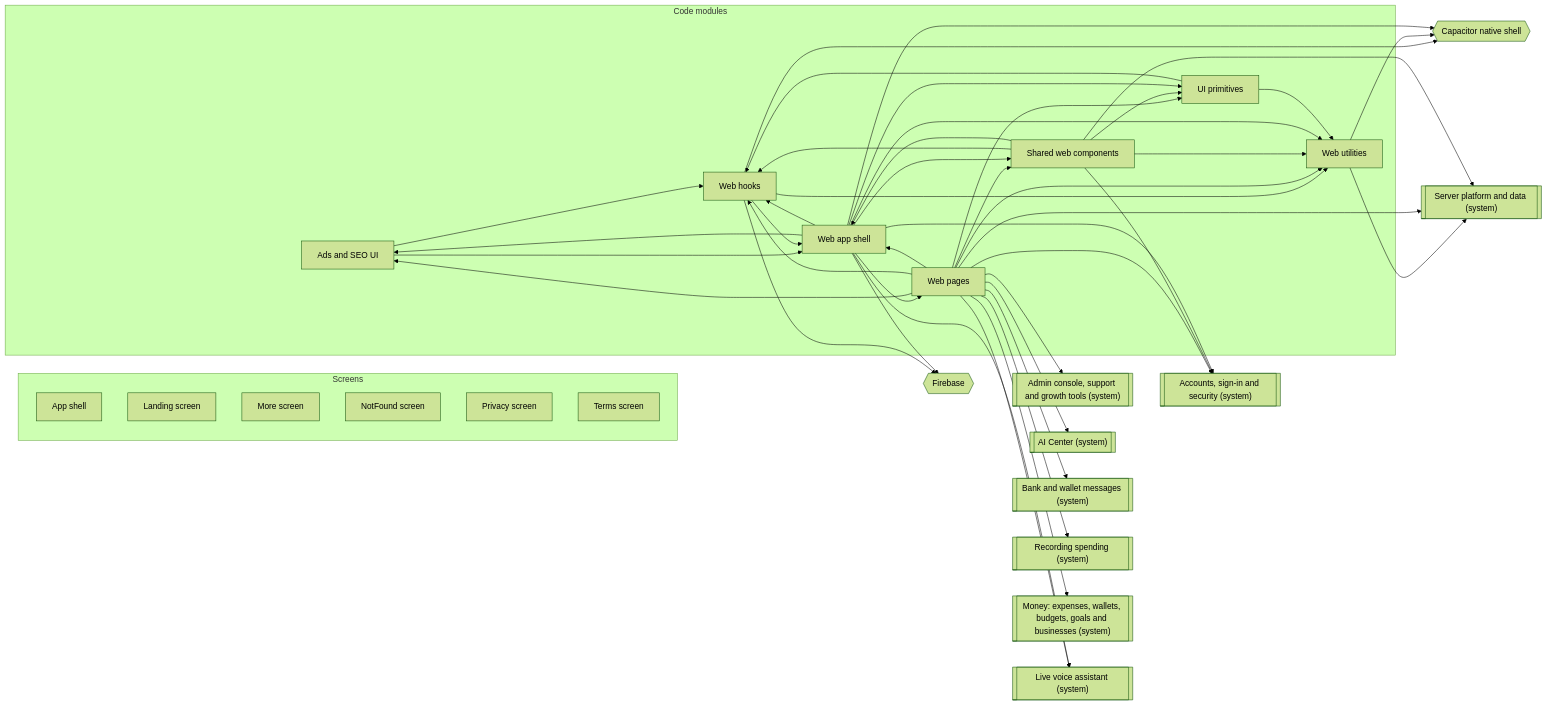
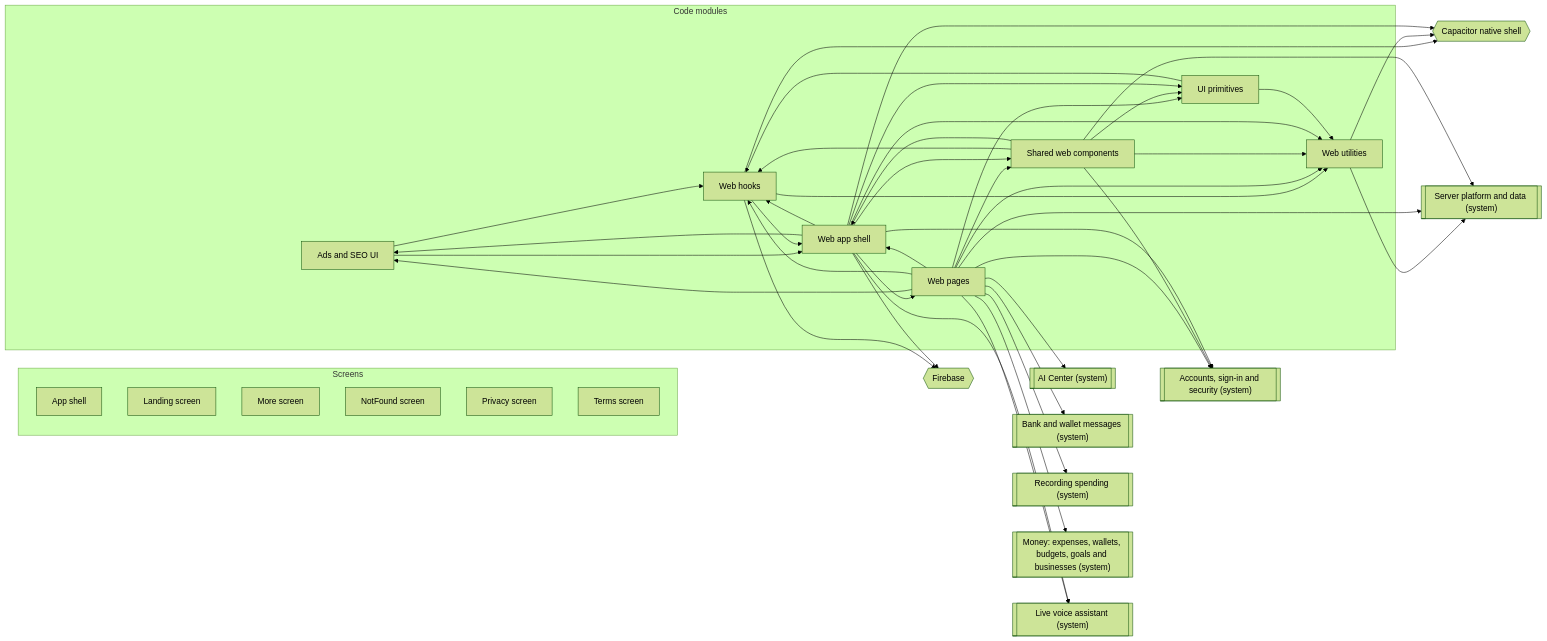
The diagram in docs/atlas/systems/web-app.md (mahmoudtaherr111/smartspend_mini_all), drawn with Mermaid (forest theme) before and after one commit. The commit also changed other lines of this file and 121 other files, not shown here.

First line of the commit message:
feat(billing,admin,mobile): unify admin console, dynamic plan limits, and store-only mobile billing

````diff
--- a/docs/atlas/systems/web-app.md
+++ b/docs/atlas/systems/web-app.md
@@ -13,70 +13,68 @@
 ```mermaid
 flowchart LR
   subgraph g_screens["Screens"]
     page_App_shell["App shell"]
     page_Landing["Landing screen"]
     page_More["More screen"]
     page_NotFound["NotFound screen"]
     page_Privacy["Privacy screen"]
     page_Terms["Terms screen"]
   end
   subgraph g_modules["Code modules"]
     mod_web_growth["Ads and SEO UI"]
     mod_web_hooks["Web hooks"]
     mod_web_lib["Web utilities"]
     mod_web_pages["Web pages"]
     mod_web_shared["Shared web components"]
     mod_web_shell["Web app shell"]
     mod_web_ui_kit["UI primitives"]
   end
   ext_capacitor{{"Capacitor native shell"}}
   ext_firebase{{"Firebase"}}
   sys_accounts[["Accounts, sign-in and security (system)"]]
-  sys_admin[["Admin console, support and growth tools (system)"]]
   sys_ai_center[["AI Center (system)"]]
   sys_bank_messages[["Bank and wallet messages (system)"]]
   sys_expense_capture[["Recording spending (system)"]]
   sys_money[["Money: expenses, wallets, budgets, goals and businesses (system)"]]
   sys_platform[["Server platform and data (system)"]]
   sys_voice_calls[["Live voice assistant (system)"]]
   mod_web_growth --> mod_web_hooks
   mod_web_growth --> mod_web_shell
   mod_web_hooks --> ext_capacitor
   mod_web_hooks --> ext_firebase
   mod_web_hooks --> mod_web_lib
   mod_web_hooks --> mod_web_shell
   mod_web_lib --> ext_capacitor
   mod_web_lib --> sys_platform
   mod_web_pages --> mod_web_growth
   mod_web_pages --> mod_web_hooks
   mod_web_pages --> mod_web_lib
   mod_web_pages --> mod_web_shared
   mod_web_pages --> mod_web_shell
   mod_web_pages --> mod_web_ui_kit
   mod_web_pages --> sys_accounts
-  mod_web_pages --> sys_admin
   mod_web_pages --> sys_ai_center
   mod_web_pages --> sys_bank_messages
   mod_web_pages --> sys_expense_capture
   mod_web_pages --> sys_money
   mod_web_pages --> sys_platform
   mod_web_pages --> sys_voice_calls
   mod_web_shared --> mod_web_hooks
   mod_web_shared --> mod_web_lib
   mod_web_shared --> mod_web_shell
   mod_web_shared --> mod_web_ui_kit
   mod_web_shared --> sys_accounts
   mod_web_shared --> sys_platform
   mod_web_shell --> ext_capacitor
   mod_web_shell --> ext_firebase
   mod_web_shell --> mod_web_growth
   mod_web_shell --> mod_web_hooks
   mod_web_shell --> mod_web_lib
   mod_web_shell --> mod_web_pages
   mod_web_shell --> mod_web_shared
   mod_web_shell --> mod_web_ui_kit
   mod_web_shell --> sys_accounts
   mod_web_shell --> sys_voice_calls
   mod_web_ui_kit --> mod_web_hooks
   mod_web_ui_kit --> mod_web_lib
 ```
````
